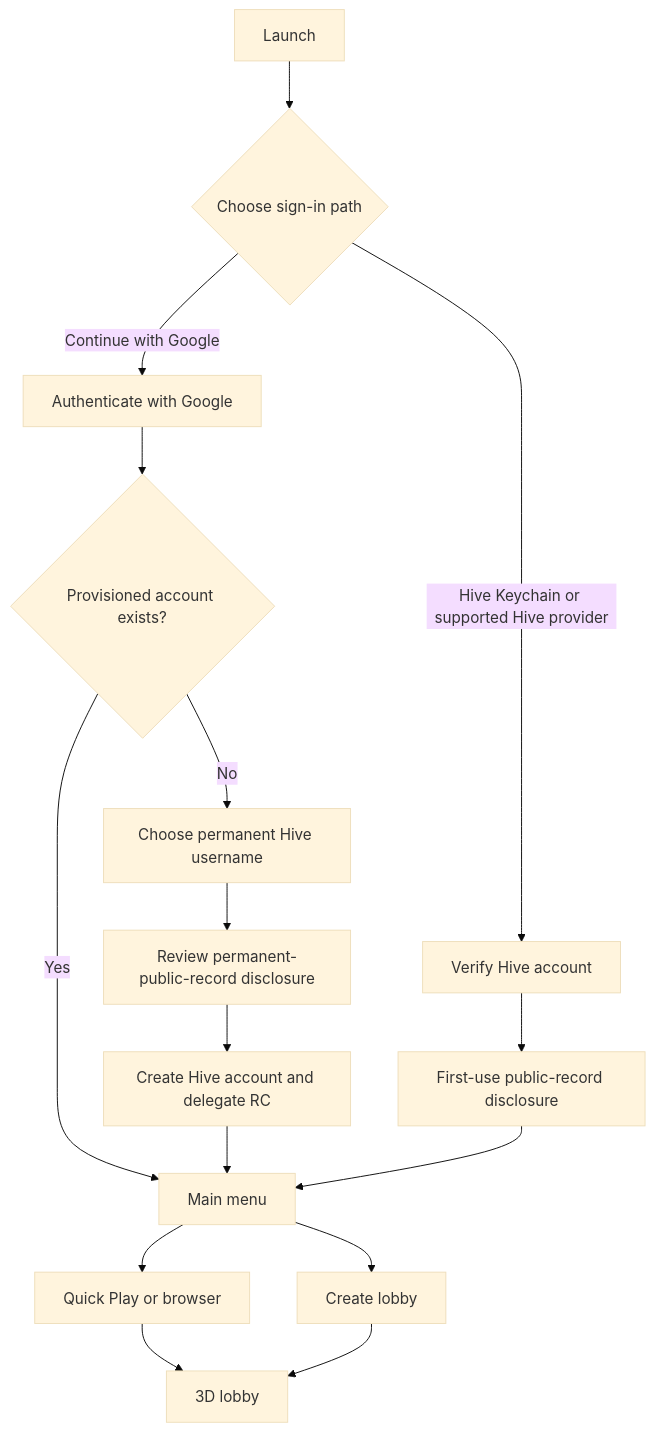
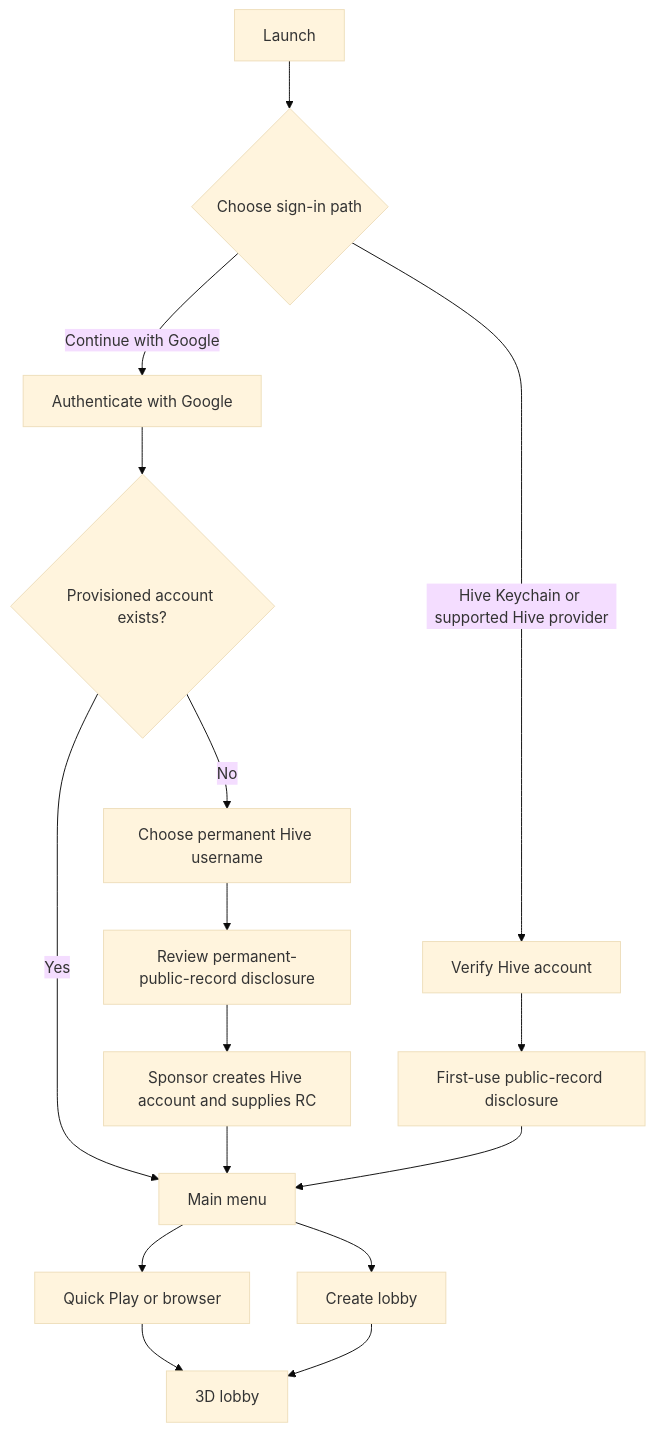
Before and after one commit to hdev-core/hive-chameleon: the second of 4 diagrams in docs/product-specification/Hive-Chameleon-Product-Spec-and-Design-Plan.md, drawn with Mermaid (base theme). The commit also changed other lines of this file and 6 other files, not shown here.

First line of the commit message:
docs: align Hive onboarding, signing, and Hetzner architecture

````diff
--- a/docs/product-specification/Hive-Chameleon-Product-Spec-and-Design-Plan.md
+++ b/docs/product-specification/Hive-Chameleon-Product-Spec-and-Design-Plan.md
@@ -764,18 +782,18 @@
 ```mermaid
 flowchart TD
     A["Launch"] --> B{"Choose sign-in path"}
     B -->|Hive Keychain or supported Hive provider| C["Verify Hive account"]
     B -->|Continue with Google| D["Authenticate with Google"]
     D --> E{"Provisioned account exists?"}
     E -->|No| F["Choose permanent Hive username"]
     F --> R["Review permanent-public-record disclosure"]
-    R --> G["Create Hive account and delegate RC"]
+    R --> G["Sponsor creates Hive account and supplies RC"]
     E -->|Yes| H["Main menu"]
     G --> H
     C --> L["First-use public-record disclosure"]
     L --> H
     H --> I["Quick Play or browser"]
     H --> J["Create lobby"]
     I --> K["3D lobby"]
     J --> K
 ```
````
